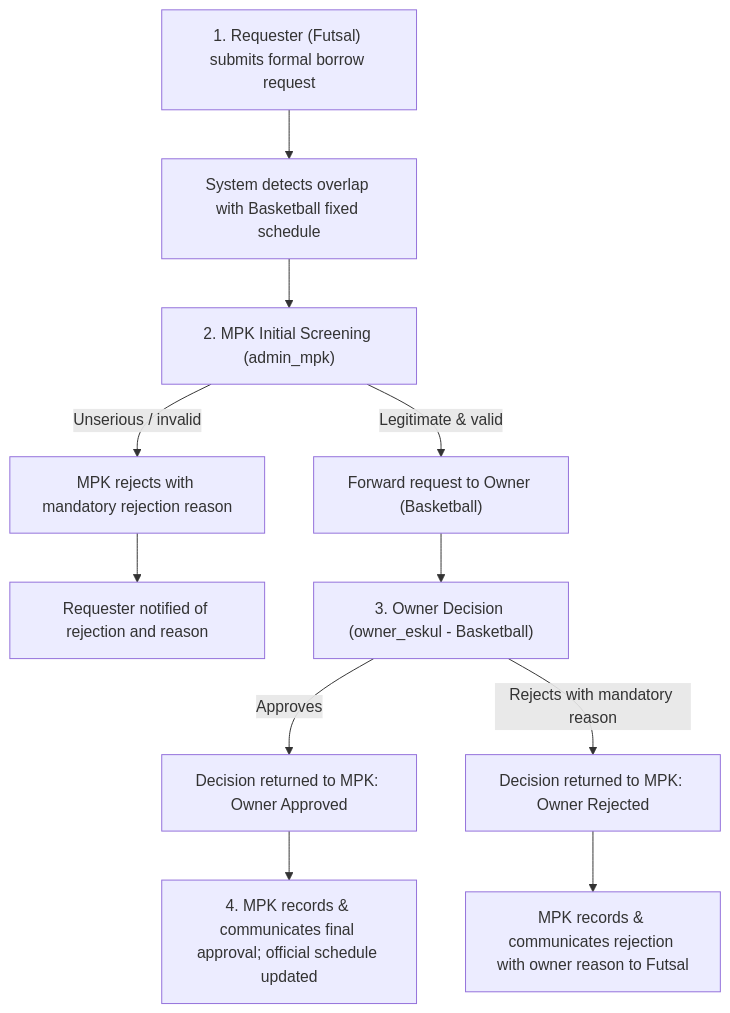
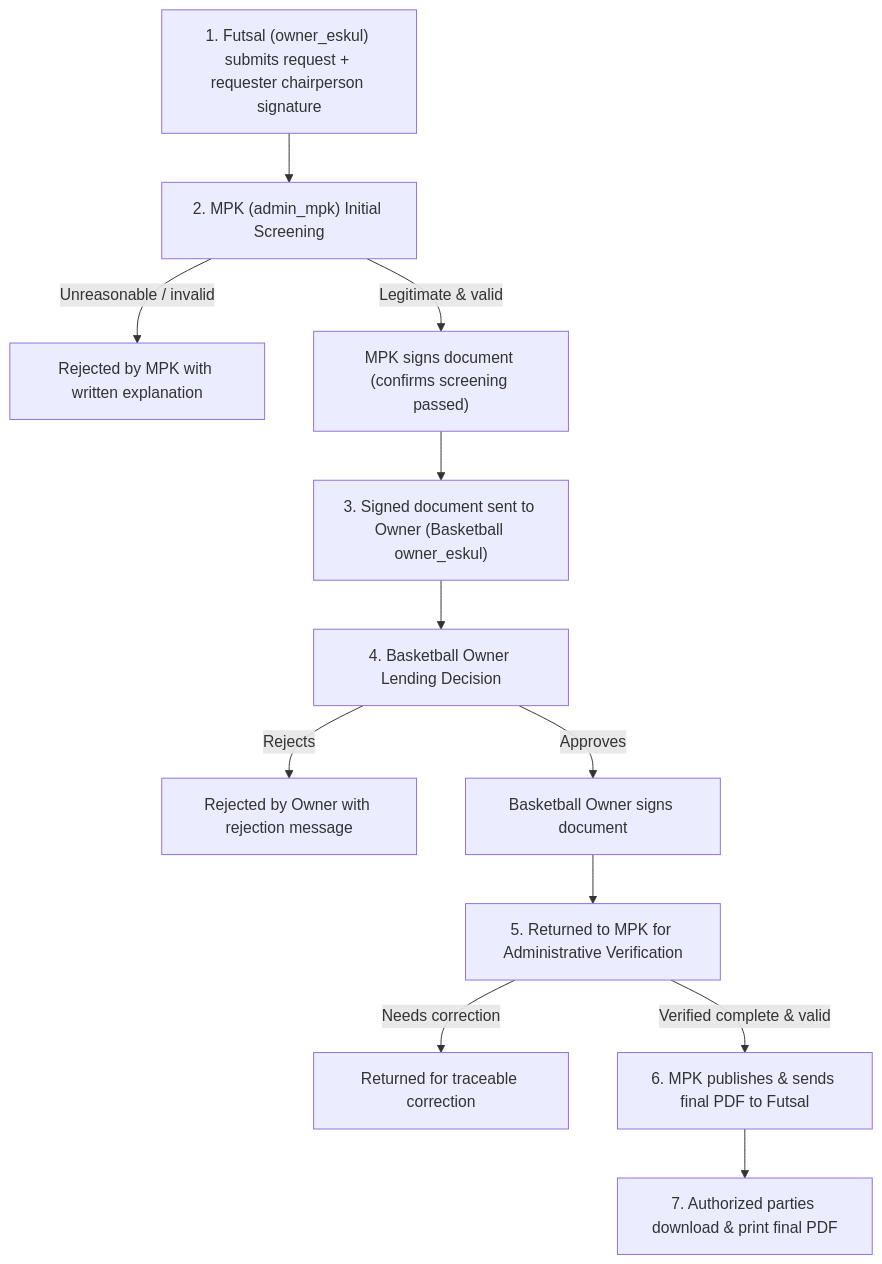
One commit to SaktiArifDwiPutra/coordina changed the first of 2 diagrams in docs/BUSINESS_WORKFLOW.md. Above: the diagram before and after it, drawn with Mermaid. The commit also changed other lines of this file and 2 other files, not shown here.

````diff
--- a/docs/BUSINESS_WORKFLOW.md
+++ b/docs/BUSINESS_WORKFLOW.md
@@ -106,13 +141,14 @@
 ```mermaid
 flowchart TD
-    A1["1. Requester (Futsal) submits formal borrow request"] --> A2["System detects overlap with Basketball fixed schedule"]
-    A2 --> A3["2. MPK Initial Screening (admin_mpk)"]
-    A3 -->|Legitimate & valid| A4["Forward request to Owner (Basketball)"]
-    A3 -->|Unserious / invalid| A5["MPK rejects with mandatory rejection reason"]
-    A5 --> A10["Requester notified of rejection and reason"]
-    A4 --> A6["3. Owner Decision (owner_eskul - Basketball)"]
-    A6 -->|Approves| A7["Decision returned to MPK: Owner Approved"]
-    A6 -->|Rejects with mandatory reason| A8["Decision returned to MPK: Owner Rejected"]
-    A7 --> A9["4. MPK records & communicates final approval; official schedule updated"]
-    A8 --> A11["MPK records & communicates rejection with owner reason to Futsal"]
+    A1["1. Futsal (owner_eskul) submits request + requester chairperson signature"] --> A2["2. MPK (admin_mpk) Initial Screening"]
+    A2 -->|Unreasonable / invalid| A3["Rejected by MPK with written explanation"]
+    A2 -->|Legitimate & valid| A4["MPK signs document (confirms screening passed)"]
+    A4 --> A5["3. Signed document sent to Owner (Basketball owner_eskul)"]
+    A5 --> A6["4. Basketball Owner Lending Decision"]
+    A6 -->|Rejects| A7["Rejected by Owner with rejection message"]
+    A6 -->|Approves| A8["Basketball Owner signs document"]
+    A8 --> A9["5. Returned to MPK for Administrative Verification"]
+    A9 -->|Needs correction| A10["Returned for traceable correction"]
+    A9 -->|Verified complete & valid| A11["6. MPK publishes & sends final PDF to Futsal"]
+    A11 --> A12["7. Authorized parties download & print final PDF"]
 ```
````
